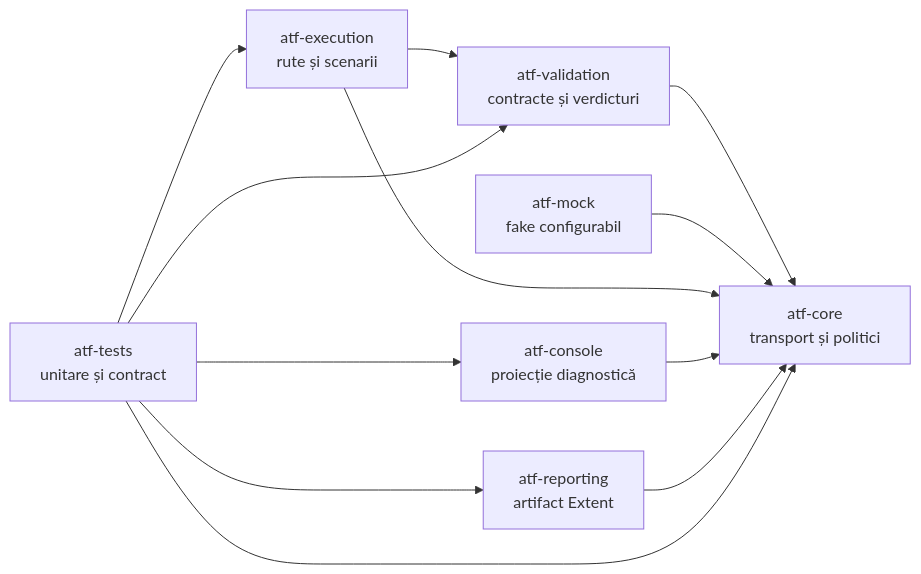
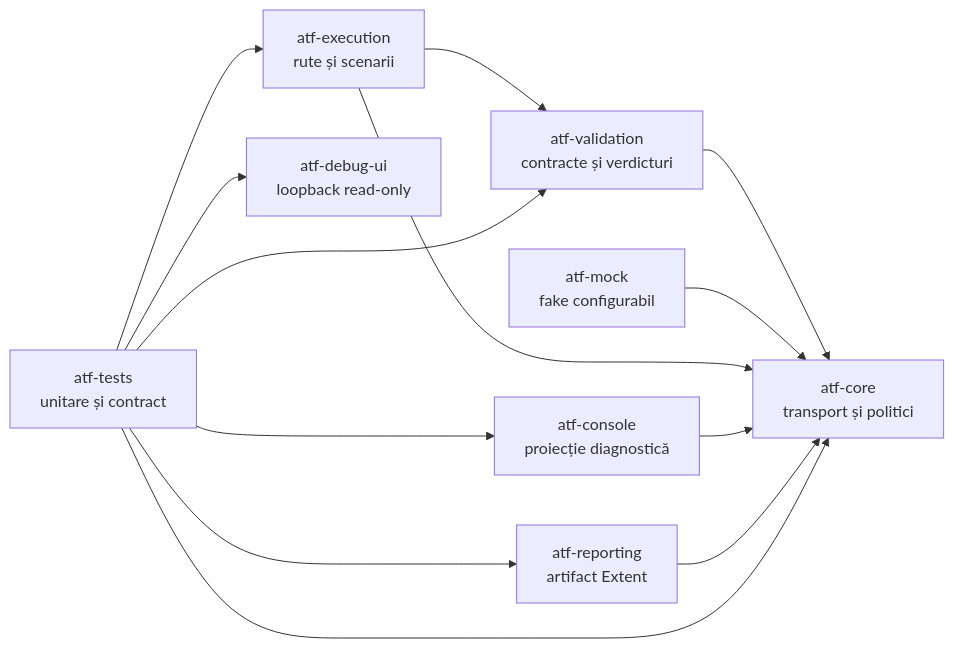
The first of 7 diagrams in docs/ATF_Architecture.md (crististefanita/demo2), drawn with Mermaid before and after one commit. The commit also changed other lines of this file and 48 other files, not shown here.

```diff
--- a/docs/ATF_Architecture.md
+++ b/docs/ATF_Architecture.md
@@ -7,14 +7,16 @@
 ~~~mermaid
 flowchart LR
     Validation[atf-validation<br/>contracte și verdicturi] --> Core[atf-core<br/>transport și politici]
     Mock[atf-mock<br/>fake configurabil] --> Core
     Execution[atf-execution<br/>rute și scenarii] --> Validation
     Execution --> Core
     Console[atf-console<br/>proiecție diagnostică] --> Core
     Reporting[atf-reporting<br/>artifact Extent] --> Core
+    DebugUi[atf-debug-ui<br/>loopback read-only]
     Tests[atf-tests<br/>unitare și contract] --> Execution
     Tests --> Validation
     Tests --> Console
     Tests --> Reporting
+    Tests --> DebugUi
     Tests --> Core
 ~~~
```
